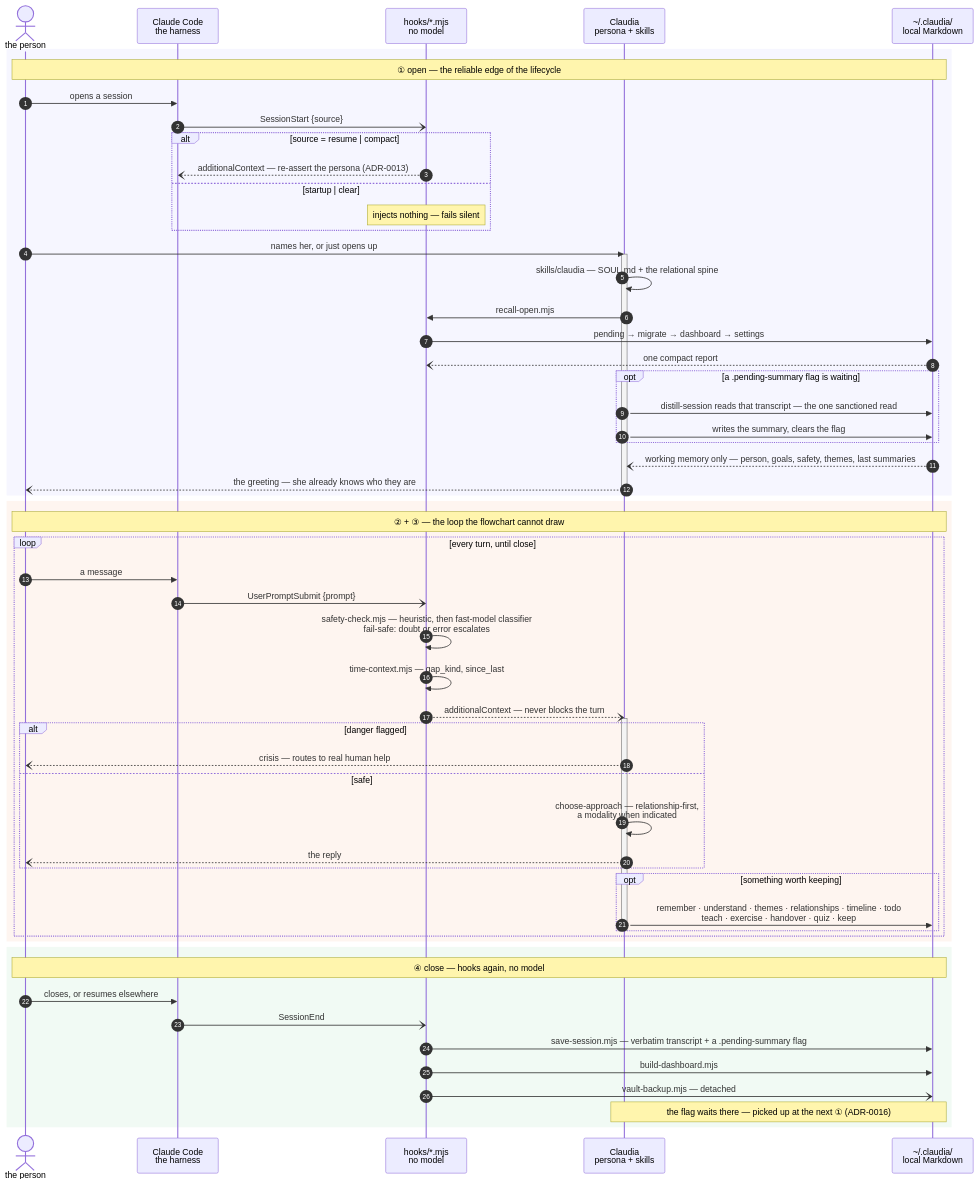
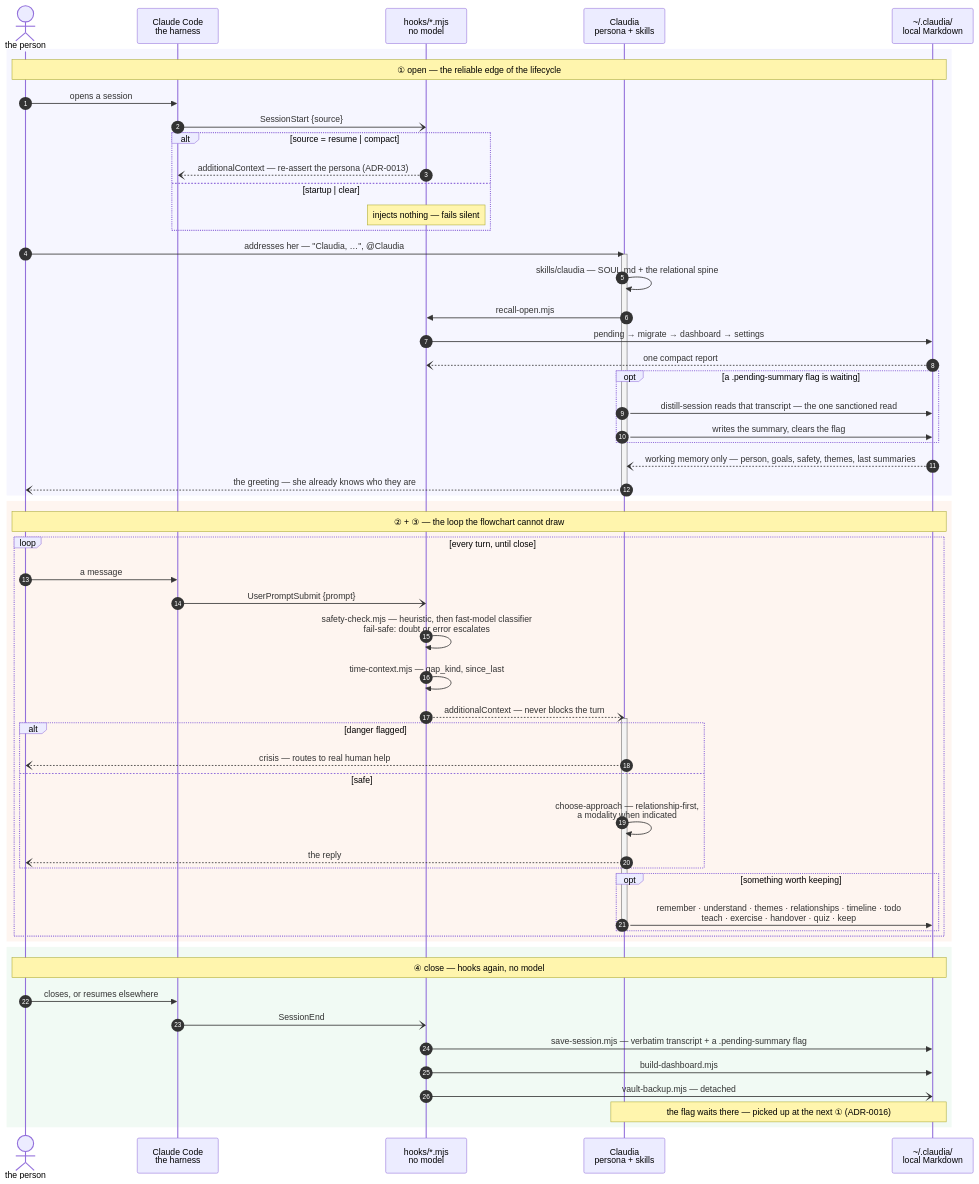
The second of 2 diagrams in docs/ARCHITECTURE.md (abernier/claudia), drawn with Mermaid before and after one commit. The commit also changed other lines of this file and 4 other files, not shown here.

````diff
--- a/docs/ARCHITECTURE.md
+++ b/docs/ARCHITECTURE.md
@@ -86,65 +86,65 @@
 ```mermaid
 sequenceDiagram
   autonumber
   actor P as the person
   participant CC as Claude Code<br/>the harness
   participant HK as hooks/*.mjs<br/>no model
   participant C as Claudia<br/>persona + skills
   participant V as ~/.claudia/<br/>local Markdown
 
   rect rgba(99,102,241,0.06)
   Note over P,V: ① open — the reliable edge of the lifecycle
   P->>CC: opens a session
   CC-)HK: SessionStart {source}
   alt source = resume | compact
     HK--)CC: additionalContext — re-assert the persona (ADR-0013)
   else startup | clear
     Note over HK: injects nothing — fails silent
   end
-  P->>C: names her, or just opens up
+  P->>C: addresses her — "Claudia, …", @Claudia
   activate C
   C->>C: skills/claudia — SOUL.md + the relational spine
   C->>HK: recall-open.mjs
   HK->>V: pending → migrate → dashboard → settings
   V--)HK: one compact report
   opt a .pending-summary flag is waiting
     C->>V: distill-session reads that transcript — the one sanctioned read
     C->>V: writes the summary, clears the flag
   end
   V--)C: working memory only — person, goals, safety, themes, last summaries
   C--)P: the greeting — she already knows who they are
   deactivate C
   end
 
   rect rgba(234,88,12,0.06)
   Note over P,V: ② + ③ — the loop the flowchart cannot draw
   loop every turn, until close
     P->>CC: a message
     CC-)HK: UserPromptSubmit {prompt}
     HK->>HK: safety-check.mjs — heuristic, then fast-model classifier<br/>fail-safe: doubt or error escalates
     HK->>HK: time-context.mjs — gap_kind, since_last
     HK--)C: additionalContext — never blocks the turn
     activate C
     alt danger flagged
       C--)P: crisis — routes to real human help
     else safe
       C->>C: choose-approach — relationship-first,<br/>a modality when indicated
       C--)P: the reply
     end
     opt something worth keeping
       C->>V: remember · understand · themes · relationships · timeline · todo<br/>teach · exercise · handover · quiz · keep
     end
     deactivate C
   end
   end
 
   rect rgba(22,163,74,0.06)
   Note over P,V: ④ close — hooks again, no model
   P->>CC: closes, or resumes elsewhere
   CC-)HK: SessionEnd
   HK->>V: save-session.mjs — verbatim transcript + a .pending-summary flag
   HK->>V: build-dashboard.mjs
   HK-)V: vault-backup.mjs — detached
   Note over C,V: the flag waits there — picked up at the next ① (ADR-0016)
   end
 ```
````
